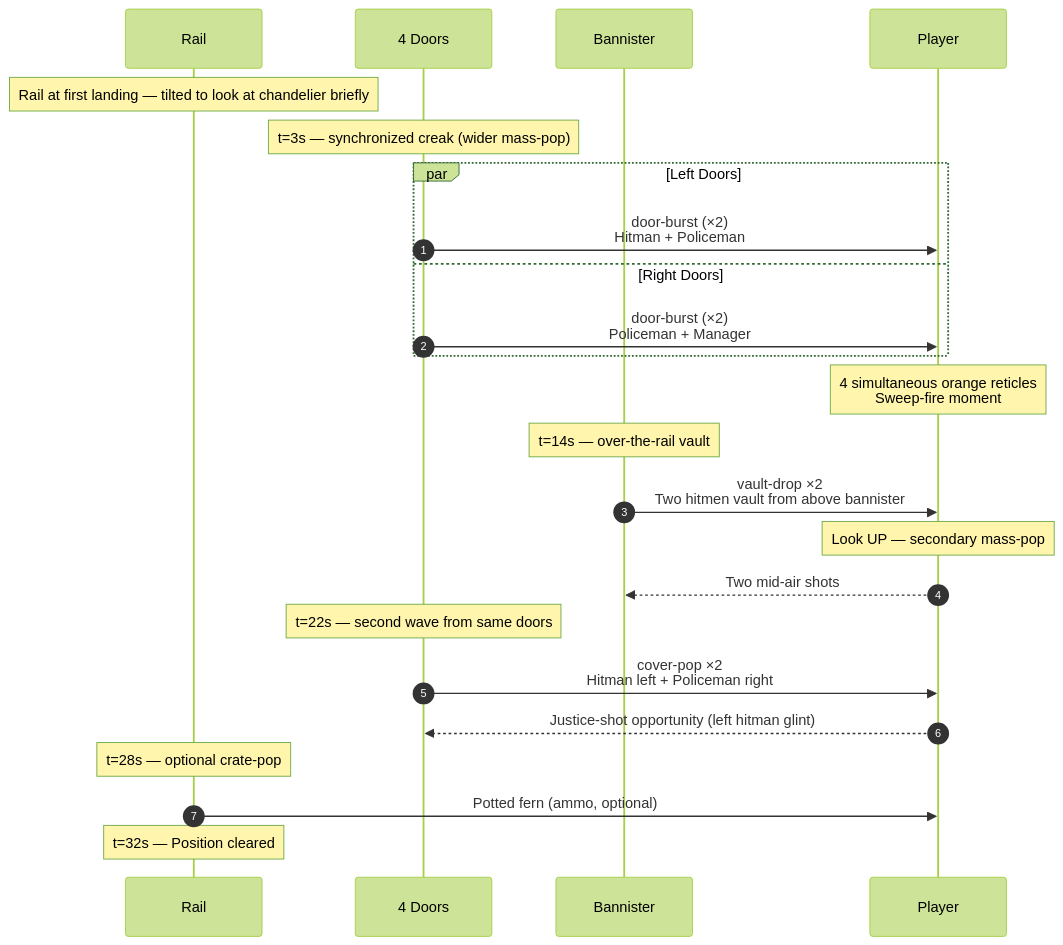
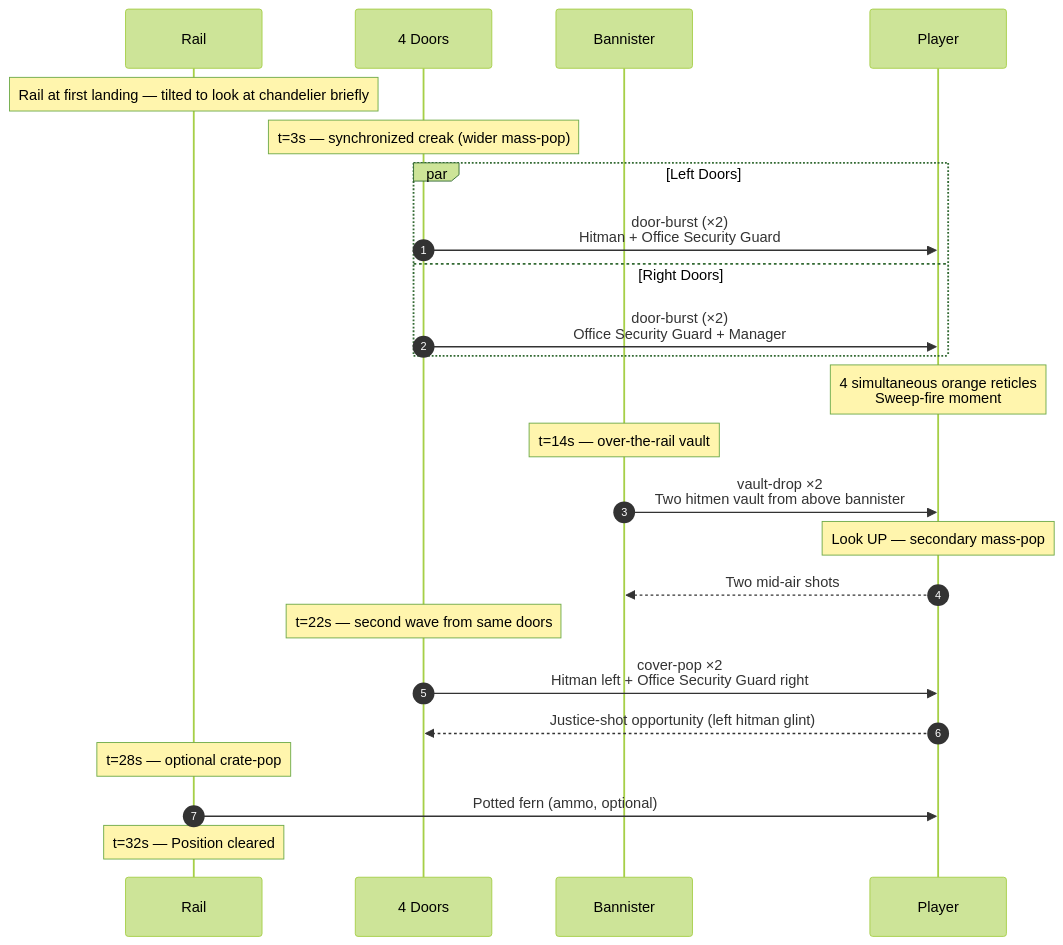
Before and after one commit to arcade-cabinet/department-of-redundancy-department: the third of 4 diagrams in docs/spec/levels/06-stairway-C.md, drawn with Mermaid (forest theme). The commit also changed other lines of this file and 14 other files, not shown here.

First line of the commit message:
refactor(lore): repurpose policeman → office security guard, swat → head of security

````diff
--- a/docs/spec/levels/06-stairway-C.md
+++ b/docs/spec/levels/06-stairway-C.md
@@ -122,33 +122,33 @@
 ```mermaid
 sequenceDiagram
     autonumber
     participant Rail
     participant Doors as 4 Doors
     participant Bannister
     participant Player
 
     Note over Rail: Rail at first landing — tilted to look at chandelier briefly
 
     Note over Doors: t=3s — synchronized creak (wider mass-pop)
     par Left Doors
-        Doors->>Player: door-burst (×2)<br/>Hitman + Policeman
+        Doors->>Player: door-burst (×2)<br/>Hitman + Office Security Guard
     and Right Doors
-        Doors->>Player: door-burst (×2)<br/>Policeman + Manager
+        Doors->>Player: door-burst (×2)<br/>Office Security Guard + Manager
     end
 
     Note over Player: 4 simultaneous orange reticles<br/>Sweep-fire moment
 
     Note over Bannister: t=14s — over-the-rail vault
     Bannister->>Player: vault-drop ×2<br/>Two hitmen vault from above bannister
     Note over Player: Look UP — secondary mass-pop
     Player-->>Bannister: Two mid-air shots
 
     Note over Doors: t=22s — second wave from same doors
-    Doors->>Player: cover-pop ×2<br/>Hitman left + Policeman right
+    Doors->>Player: cover-pop ×2<br/>Hitman left + Office Security Guard right
     Player-->>Doors: Justice-shot opportunity (left hitman glint)
 
     Note over Rail: t=28s — optional crate-pop
     Rail->>Player: Potted fern (ammo, optional)
 
     Note over Rail: t=32s — Position cleared
 ```
````
